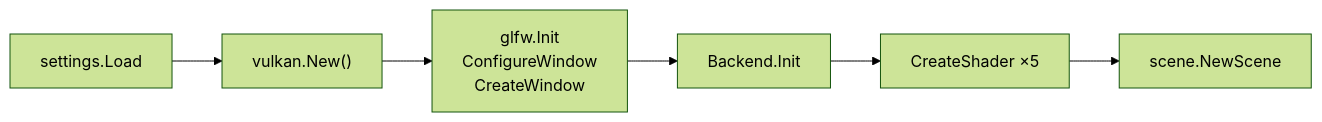
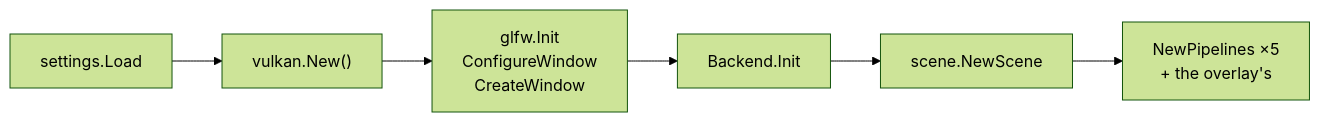
The second of 5 diagrams in notes/OVERVIEW.md (Zephyr75/overdrive), drawn with Mermaid (forest theme) before and after one commit. The commit also changed other lines of this file and 55 other files, not shown here.

````diff
--- a/notes/OVERVIEW.md
+++ b/notes/OVERVIEW.md
@@ -55,8 +56,8 @@
 ```mermaid
 graph LR
     A["settings.Load"] --> B["vulkan.New()"]
     B --> C["glfw.Init<br/>ConfigureWindow<br/>CreateWindow"]
     C --> D["Backend.Init"]
-    D --> E["CreateShader ×5"]
-    E --> F["scene.NewScene"]
+    D --> F["scene.NewScene"]
+    F --> E["NewPipelines ×5<br/>+ the overlay's"]
 ```
````
